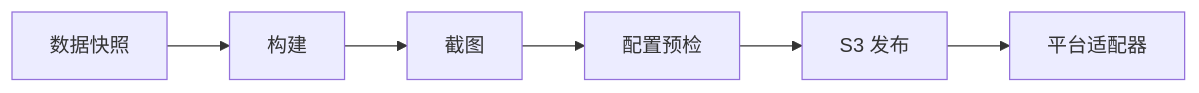
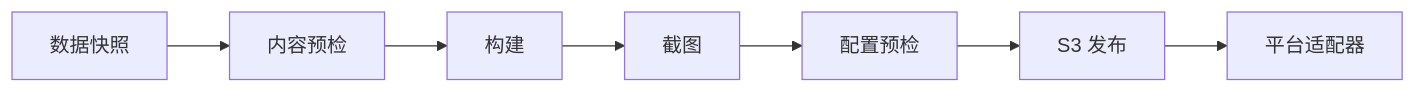
One commit to TenviLi/splatoon3-bot changed the first of 2 diagrams in README.zh-CN.md. Above: the diagram before and after it, drawn with Mermaid. The commit also changed other lines of this file and 14 other files, not shown here.

````diff
--- a/README.zh-CN.md
+++ b/README.zh-CN.md
@@ -194,8 +197,9 @@
 ```mermaid
 flowchart LR
-  snapshot["数据快照"] --> build["构建"]
+  snapshot["数据快照"] --> content["内容预检"]
+  content --> build["构建"]
   build --> screenshots["截图"]
-  screenshots --> preflight["配置预检"]
-  preflight --> publish["S3 发布"]
+  screenshots --> config["配置预检"]
+  config --> publish["S3 发布"]
   publish --> adapters["平台适配器"]
 ```
````
